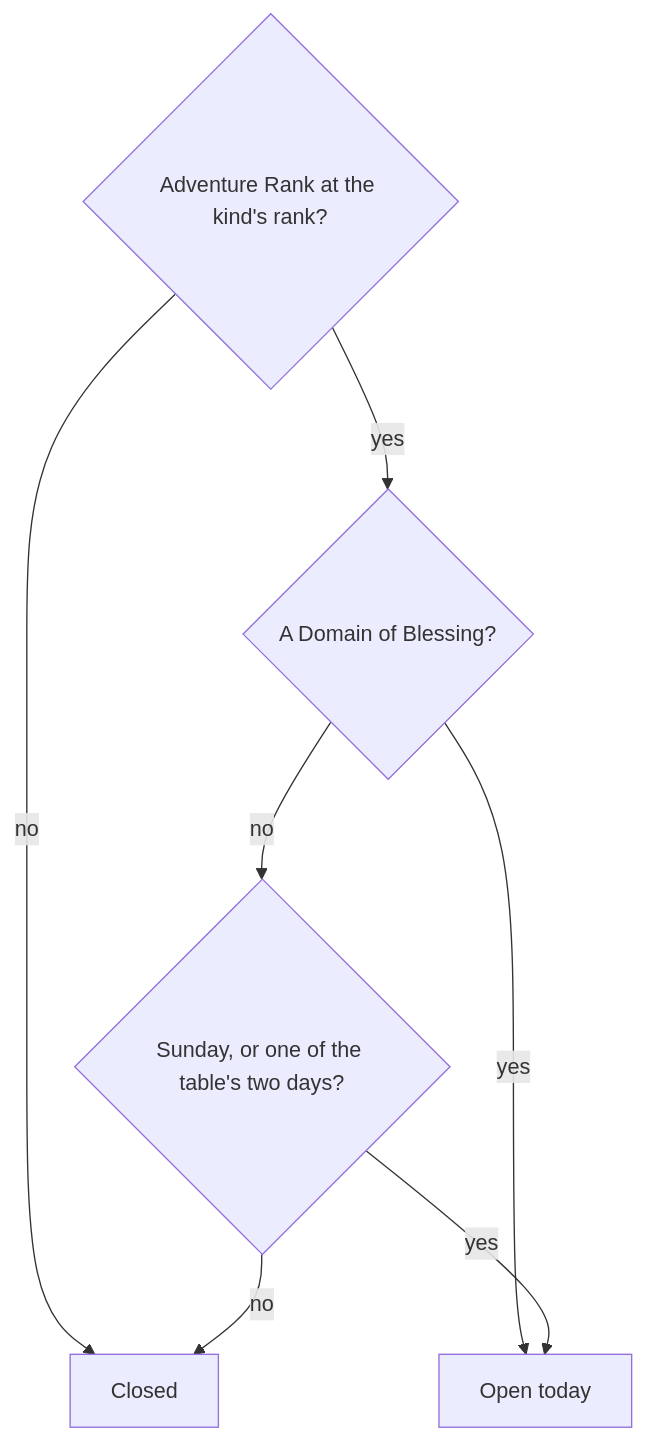
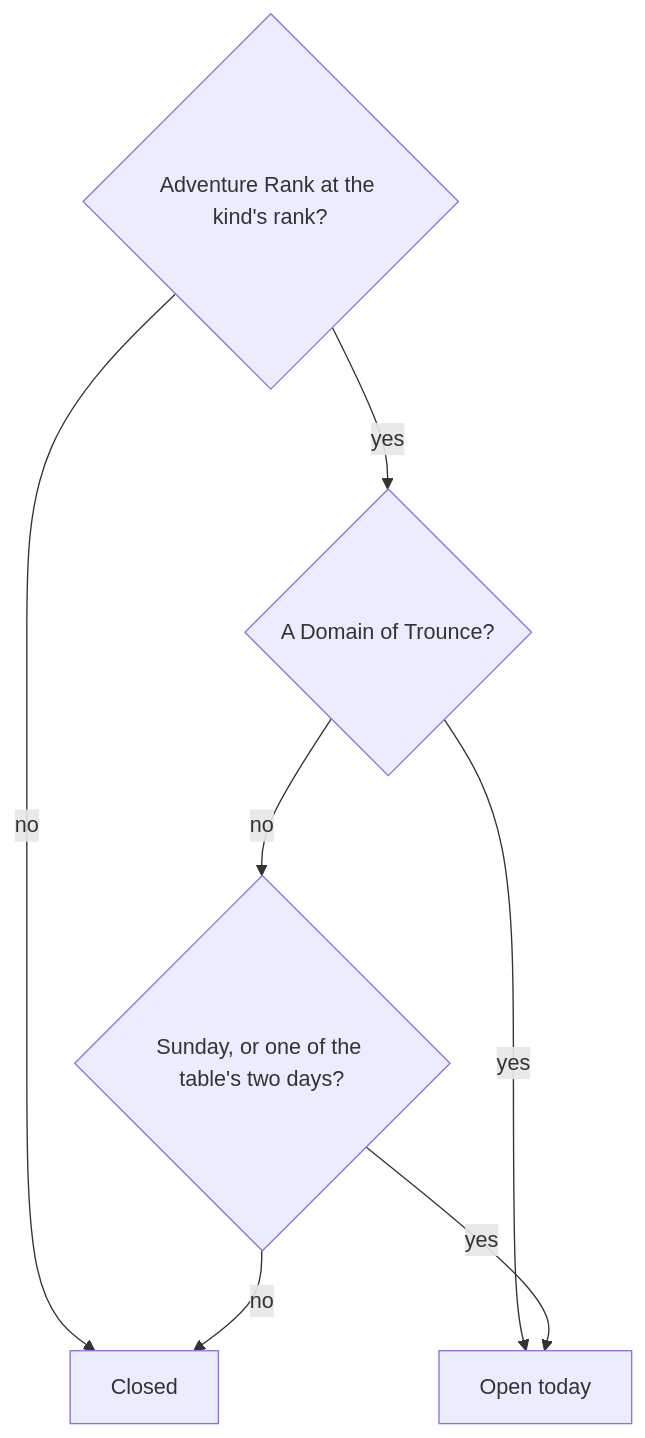
Before and after one commit to Esposter/Esposter: the diagram in openspec/specs/genshin/domains/design.md, drawn with Mermaid. The commit also changed other lines of this file, not shown here.

````diff
--- a/openspec/specs/genshin/domains/design.md
+++ b/openspec/specs/genshin/domains/design.md
@@ -14,9 +14,9 @@
 ```mermaid
 flowchart TD
   RANK{"Adventure Rank at the kind's rank?"} -->|"no"| CLOSED["Closed"]
-  RANK -->|"yes"| KIND{"A Domain of Blessing?"}
+  RANK -->|"yes"| KIND{"A Domain of Trounce?"}
   KIND -->|"yes"| OPEN["Open today"]
   KIND -->|"no"| DAY{"Sunday, or one of the table's two days?"}
   DAY -->|"yes"| OPEN
   DAY -->|"no"| CLOSED
 ```
````
